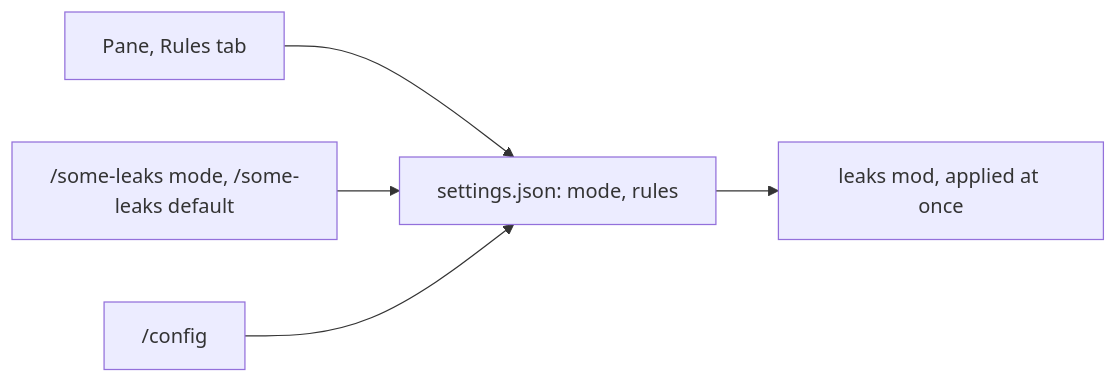
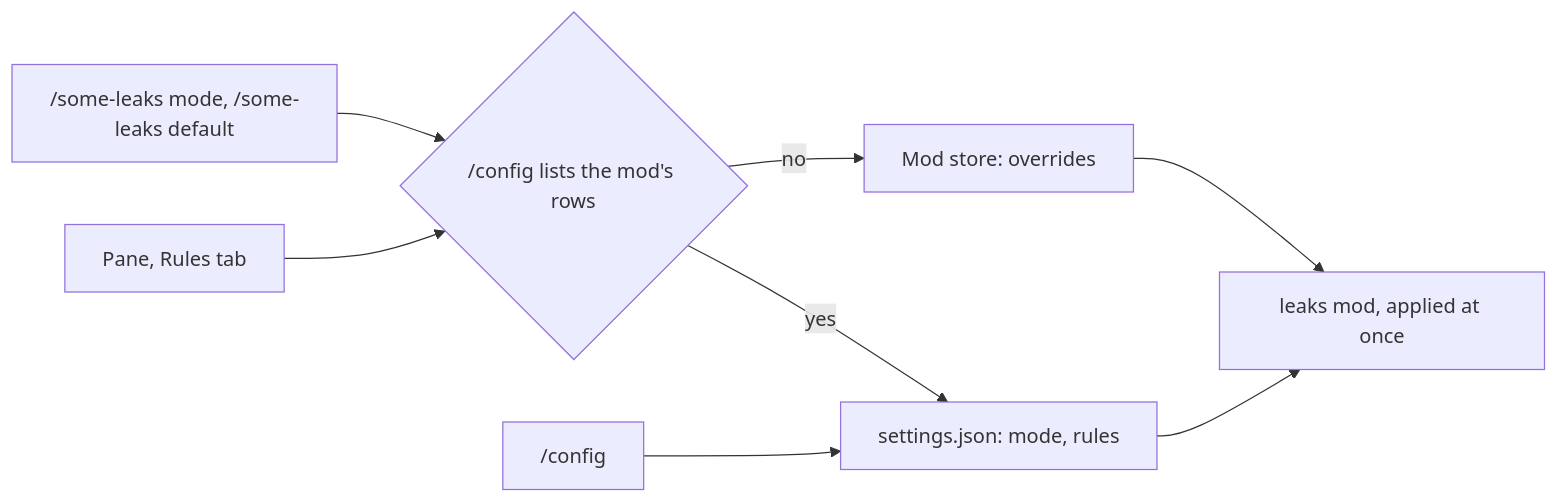
The first of 2 diagrams in plugins/leaks/README.md (devsomelife/somelife-claude-mods), drawn with Mermaid before and after one commit. The commit also changed other lines of this file and 4 other files, not shown here.

Commit message:
fix(leaks): keep pane and command changes when /config lists no plugin rows

````diff
--- a/plugins/leaks/README.md
+++ b/plugins/leaks/README.md
@@ -97,7 +97,10 @@
 ```mermaid
 flowchart LR
-    Pane["Pane, Rules tab"] --> Settings["settings.json: mode, rules"]
-    Command["/some-leaks mode, /some-leaks default"] --> Settings
+    Pane["Pane, Rules tab"] --> Rows{"/config lists the mod's rows"}
+    Command["/some-leaks mode, /some-leaks default"] --> Rows
+    Rows -->|yes| Settings["settings.json: mode, rules"]
+    Rows -->|no| Store["Mod store: overrides"]
     Config["/config"] --> Settings
     Settings --> Mod["leaks mod, applied at once"]
+    Store --> Mod
 ```
````
